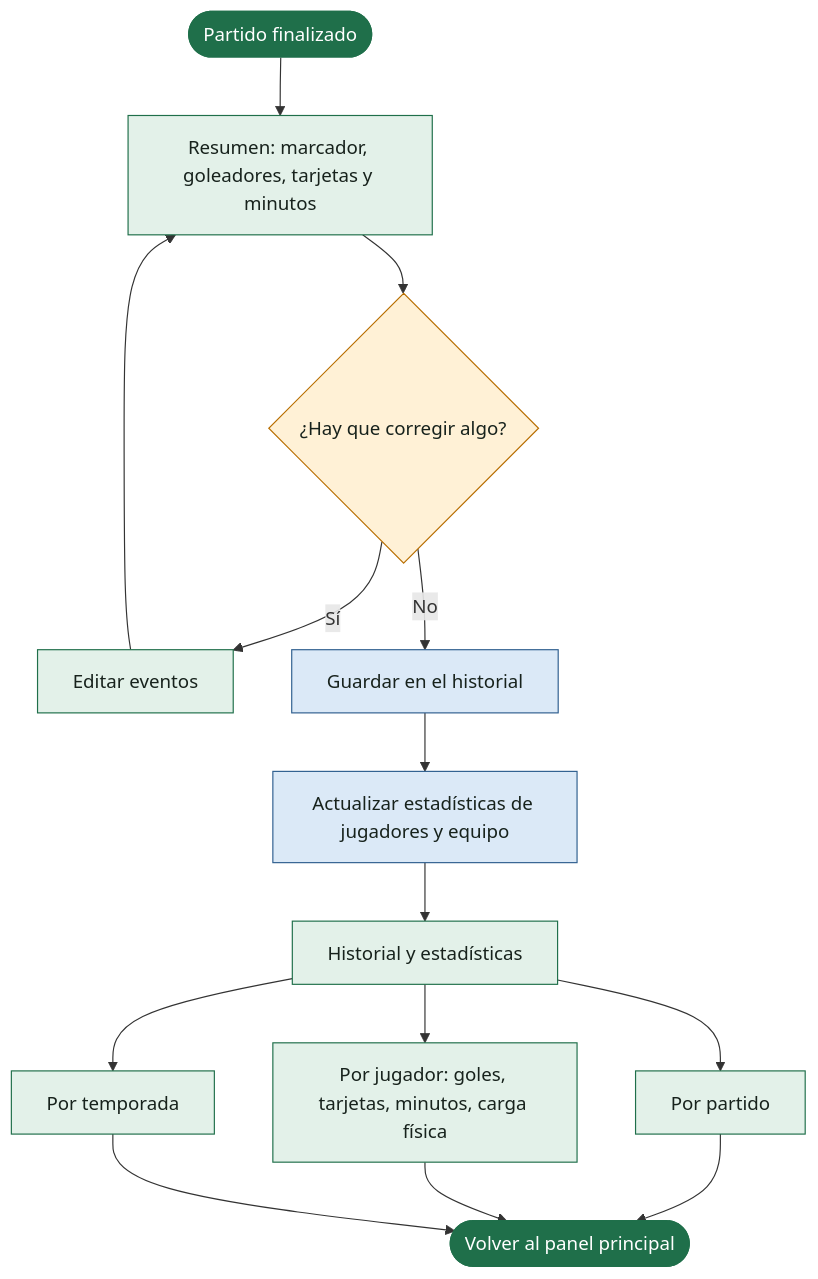
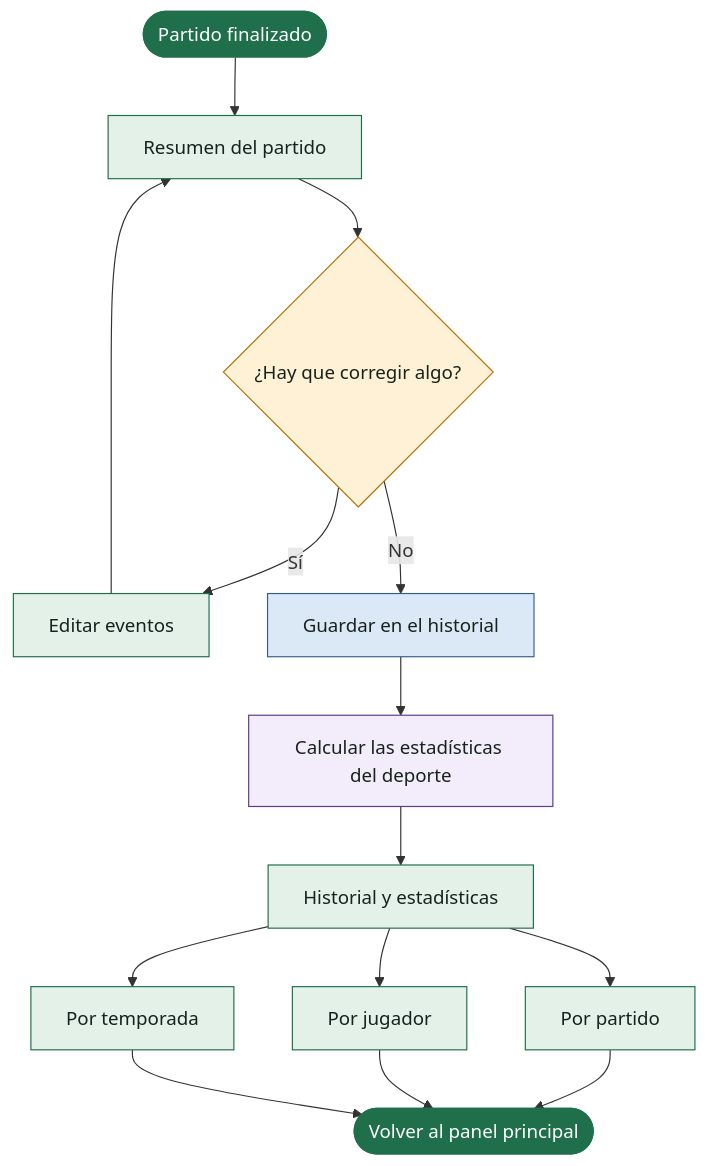
One commit to danielbernalanz/Proyecto-final-de-curso-2.DAW changed the third of 3 diagrams in diagramas/README.md. Above: the diagram before and after it, drawn with Mermaid. The commit also changed other lines of this file and 2 other files, not shown here.

First line of the commit message:
Diagrama de flujo: flujo común y reglamento por deporte

````diff
--- a/diagramas/README.md
+++ b/diagramas/README.md
@@ -88,24 +82,26 @@
 ```mermaid
 flowchart TD
-  A([Partido finalizado]) --> B[Resumen: marcador, goleadores, tarjetas y minutos]
+  A([Partido finalizado]) --> B[Resumen del partido]
   B --> C{¿Hay que corregir algo?}
   C -- Sí --> D[Editar eventos] --> B
   C -- No --> E[Guardar en el historial]
-  E --> F[Actualizar estadísticas de jugadores y equipo]
+  E --> F[Calcular las estadísticas del deporte]
   F --> G[Historial y estadísticas]
   G --> G1[Por partido]
-  G --> G2[Por jugador: goles, tarjetas, minutos, carga física]
+  G --> G2[Por jugador]
   G --> G3[Por temporada]
   G1 --> H([Volver al panel principal])
   G2 --> H
   G3 --> H
 
   classDef screen fill:#e3f1e9,stroke:#1f6f4a,color:#17221c
   classDef decision fill:#fff1d6,stroke:#b86e00,color:#17221c
   classDef auto fill:#dbe9f7,stroke:#2f5f8f,color:#17221c
+  classDef rule fill:#f3ecfb,stroke:#5b3a8c,color:#17221c
   classDef term fill:#1f6f4a,stroke:#1f6f4a,color:#ffffff
   class B,D,G,G1,G2,G3 screen
   class C decision
-  class E,F auto
+  class E auto
+  class F rule
   class A,H term
 ```
````
